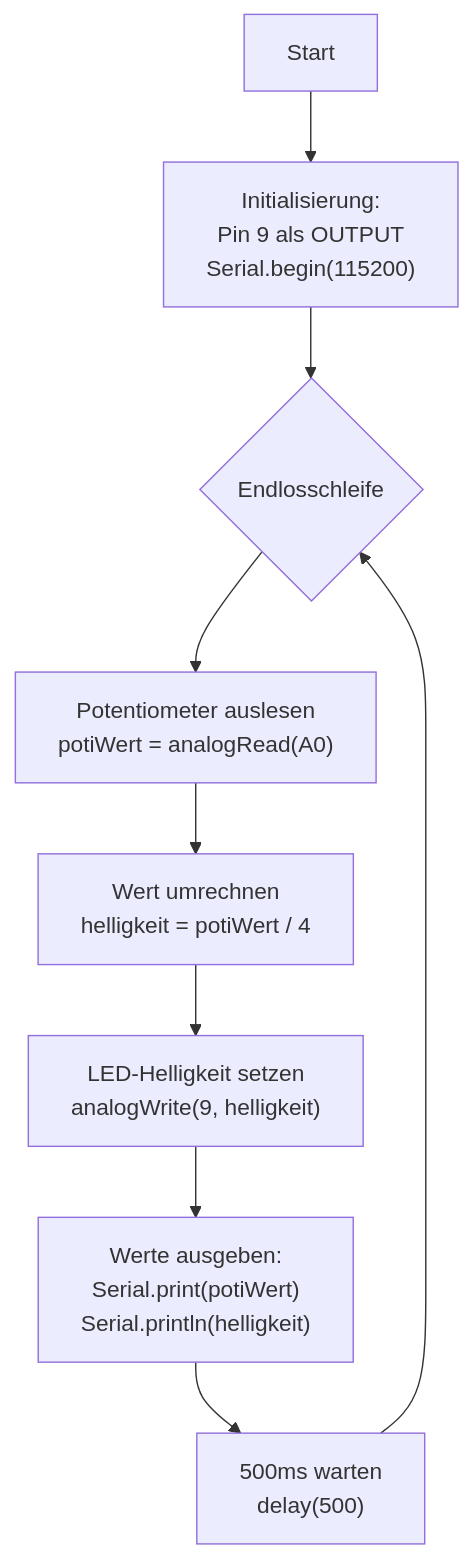
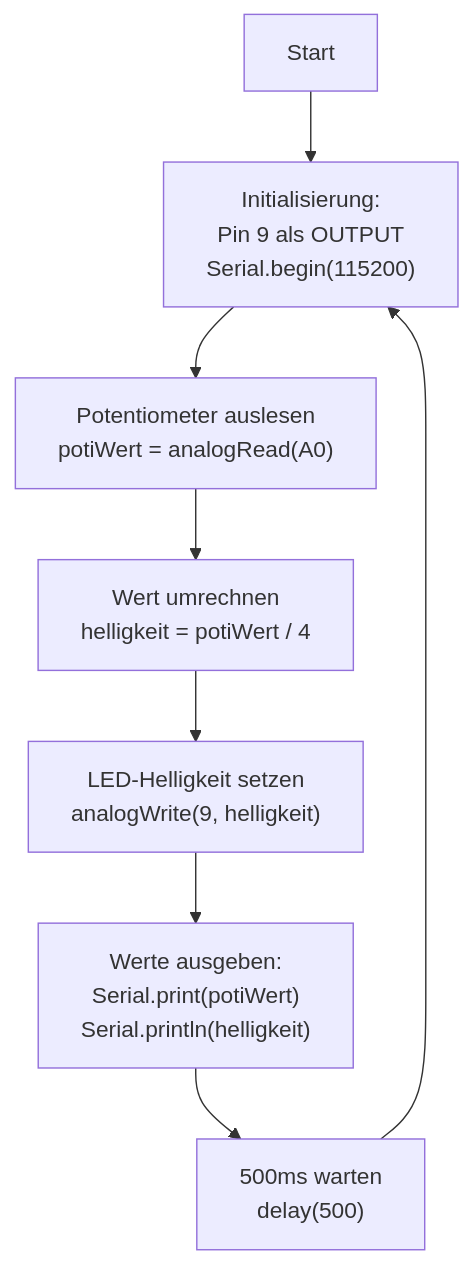
One commit to jahnhtl/embedded_systems changed the diagram in 3_Uebungsbeispiele/beispiel_0_loesung.md. Above: the diagram before and after it, drawn with Mermaid. The commit also changed 17 other files, not shown here.

````diff
--- a/3_Uebungsbeispiele/beispiel_0_loesung.md
+++ b/3_Uebungsbeispiele/beispiel_0_loesung.md
@@ -13,11 +13,10 @@
 ```mermaid
 graph TD
-    A["Start"] --> B["Initialisierung:<br/>Pin 9 als OUTPUT<br/>Serial.begin(115200)"]
-    B --> C{"Endlosschleife"}
+    A["Start"] --> C["Initialisierung:<br/>Pin 9 als OUTPUT<br/>Serial.begin(115200)"]
     C --> D["Potentiometer auslesen<br/>potiWert = analogRead(A0)"]
     D --> E["Wert umrechnen<br/>helligkeit = potiWert / 4"]
     E --> F["LED-Helligkeit setzen<br/>analogWrite(9, helligkeit)"]
     F --> G["Werte ausgeben:<br/>Serial.print(potiWert)<br/>Serial.println(helligkeit)"]
     G --> H["500ms warten<br/>delay(500)"]
     H --> C
 ```
````
